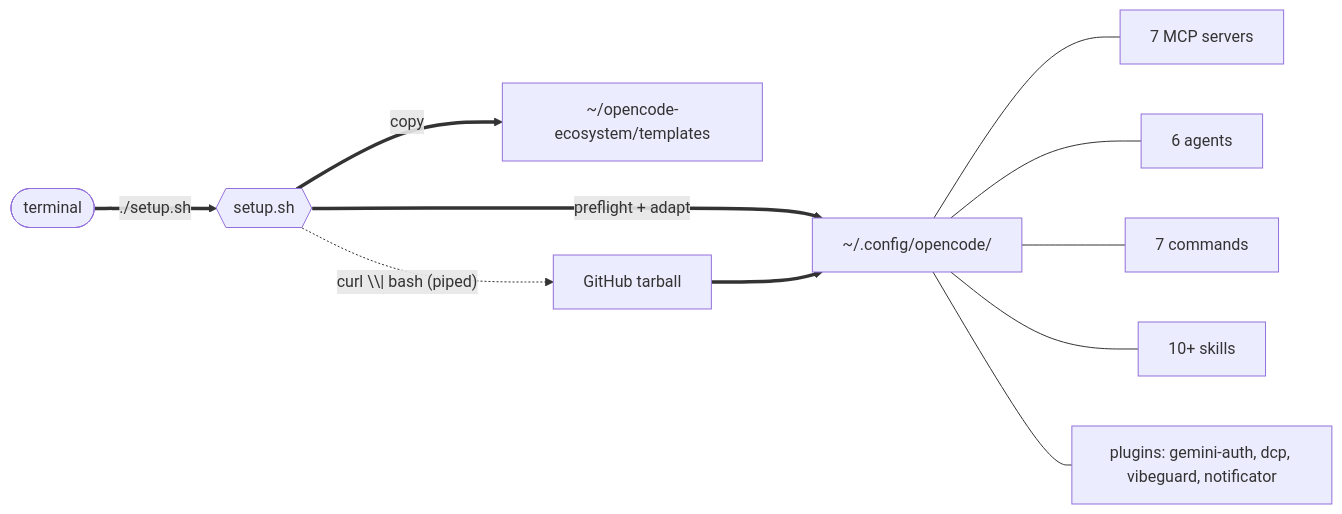
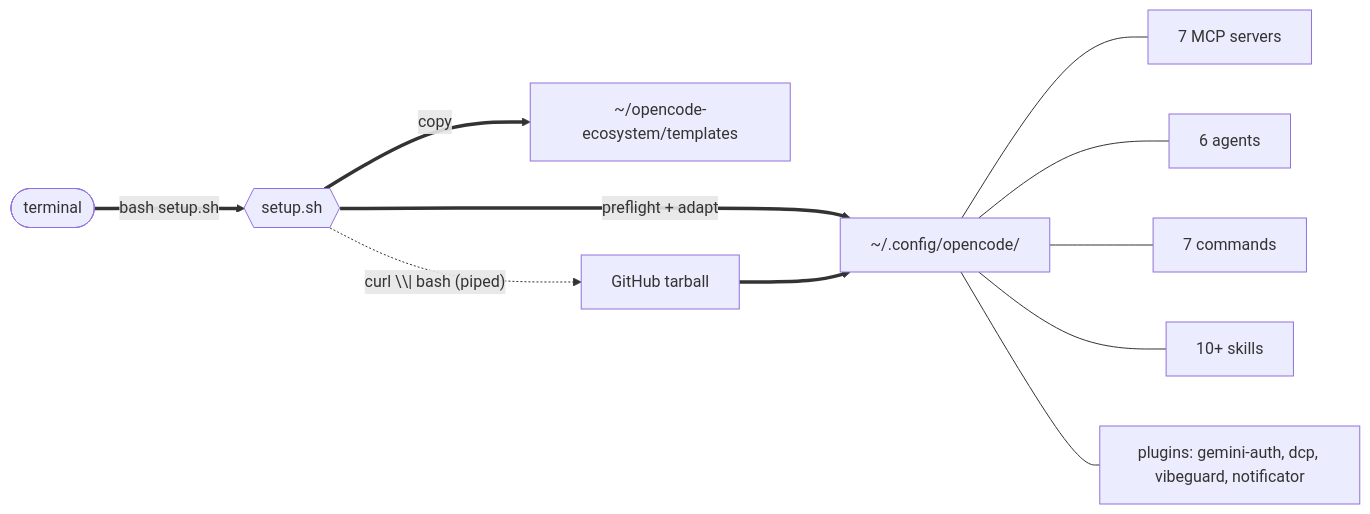
One commit to kiraadityaa/setup-opencode changed the diagram in README.md. Above: the diagram before and after it, drawn with Mermaid. The commit also changed other lines of this file and 2 other files, not shown here.

Commit message:
docs: invoke setup.sh via bash to avoid permission errors

````diff
--- a/README.md
+++ b/README.md
@@ -70,13 +70,13 @@
 ```mermaid
 flowchart LR
-    U(["terminal"]) ==>|"./setup.sh"| S{{"setup.sh"}}
+    U(["terminal"]) ==>|"bash setup.sh"| S{{"setup.sh"}}
     S ==>|"preflight + adapt"| O["~/.config/opencode/"]
     S ==>|"copy"| T["~/opencode-ecosystem/templates"]
     O --- M["7 MCP servers"]
     O --- A["6 agents"]
     O --- C["7 commands"]
     O --- K["10+ skills"]
     O --- P["plugins: gemini-auth, dcp, vibeguard, notificator"]
     S -.->|"curl \\| bash (piped)"| G["GitHub tarball"]
     G ==> O
 ```
````
